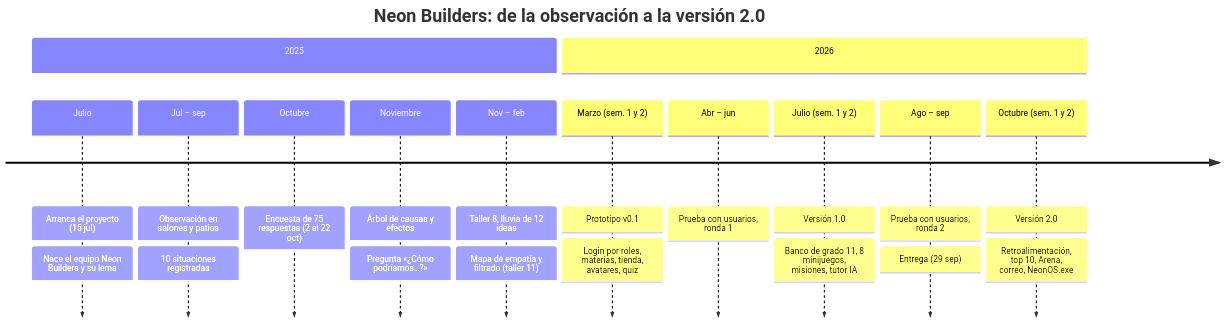
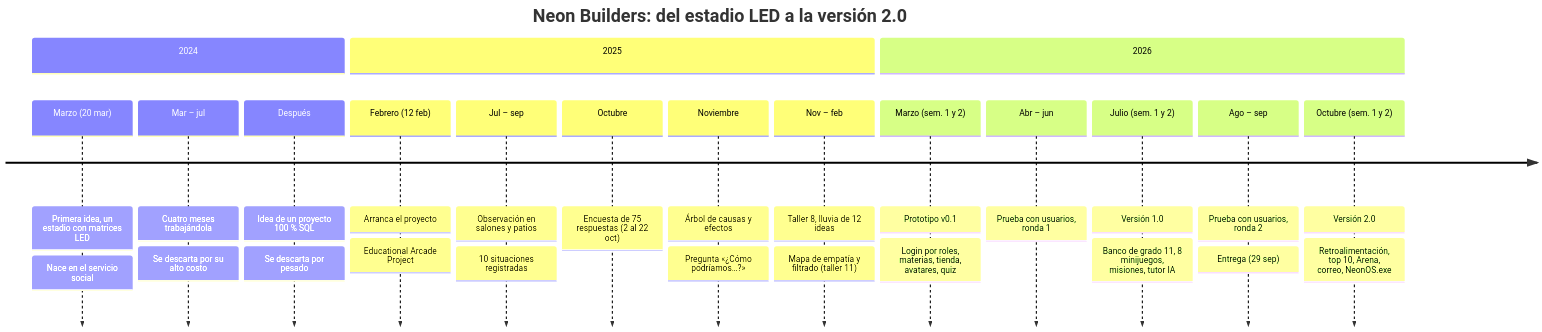
Before and after one commit to excelluij/neon-builders: the first of 2 diagrams in README.md, drawn with Mermaid. The commit also changed other lines of this file and 4 other files, not shown here.

First line of the commit message:
Historia completa del proyecto y manual de logos

````diff
--- a/README.md
+++ b/README.md
@@ -89,16 +90,20 @@
 ```mermaid
 timeline
-    title Neon Builders: de la observación a la versión 2.0
+    title Neon Builders: del estadio LED a la versión 2.0
+    section 2024
+        Marzo (20 mar) : Primera idea, un estadio con matrices LED : Nace en el servicio social
+        Mar – jul : Cuatro meses trabajándola : Se descarta por su alto costo
+        Después : Idea de un proyecto 100 % SQL : Se descarta por pesado
     section 2025
-        Julio : Arranca el proyecto (15 jul) : Nace el equipo Neon Builders y su lema
+        Febrero (12 feb) : Arranca el proyecto : Educational Arcade Project
         Jul – sep : Observación en salones y patios : 10 situaciones registradas
         Octubre : Encuesta de 75 respuestas (2 al 22 oct)
         Noviembre : Árbol de causas y efectos : Pregunta «¿Cómo podríamos…?»
         Nov – feb : Taller 8, lluvia de 12 ideas : Mapa de empatía y filtrado (taller 11)
     section 2026
         Marzo (sem. 1 y 2) : Prototipo v0.1 : Login por roles, materias, tienda, avatares, quiz
         Abr – jun : Prueba con usuarios, ronda 1
         Julio (sem. 1 y 2) : Versión 1.0 : Banco de grado 11, 8 minijuegos, misiones, tutor IA
         Ago – sep : Prueba con usuarios, ronda 2 : Entrega (29 sep)
         Octubre (sem. 1 y 2) : Versión 2.0 : Retroalimentación, top 10, Arena, correo, NeonOS.exe
 ```
````
